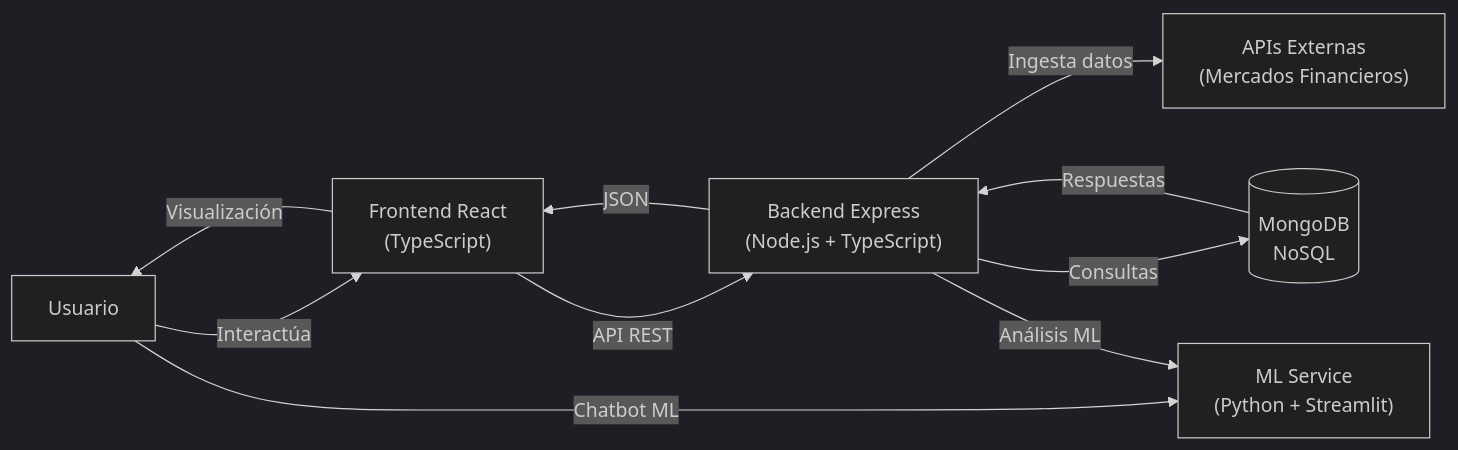
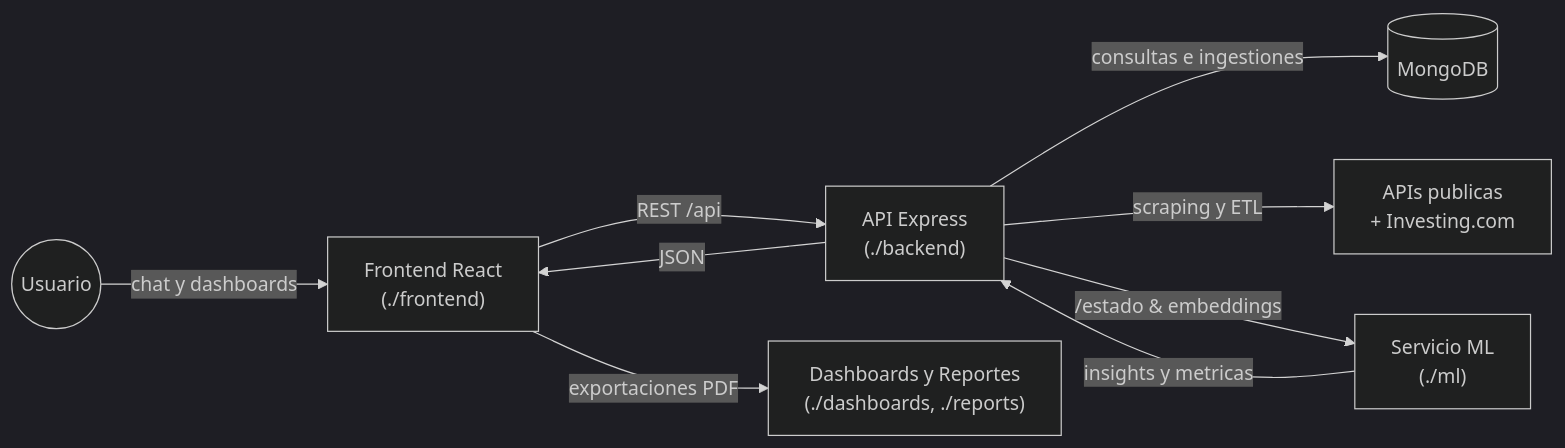
One commit to LisanRios/TP-final-base-de-datos changed the first of 2 diagrams in README.md. Above: the diagram before and after it, drawn with Mermaid (dark theme). The commit also changed other lines of this file, not shown here.

````diff
--- a/README.md
+++ b/README.md
@@ -253,19 +52,19 @@
 ```mermaid
 flowchart LR
-    Usuario[Usuario]
-    Frontend["Frontend React<br/>(TypeScript)"]
-    Backend["Backend Express<br/>(Node.js + TypeScript)"]
-    ML["ML Service<br/>(Python + Streamlit)"]
-    BaseDatos[(MongoDB<br/>NoSQL)]
-    APIsExternas["APIs Externas<br/>(Mercados Financieros)"]
+  User((Usuario))
+  Frontend["Frontend React\n(./frontend)"]
+  Backend["API Express\n(./backend)"]
+  ML["Servicio ML\n(./ml)"]
+  Mongo[(MongoDB)]
+  Sources["APIs publicas\n+ Investing.com"]
+  Reports["Dashboards y Reportes\n(./dashboards, ./reports)"]
 
-    Usuario -->|Interactúa| Frontend
-    Usuario -->|Chatbot ML| ML
-    Frontend -->|API REST| Backend
-    Backend -->|Consultas| BaseDatos
-    Backend -->|Ingesta datos| APIsExternas
-    Backend -->|Análisis ML| ML
-    BaseDatos -->|Respuestas| Backend
-    Backend -->|JSON| Frontend
-    Frontend -->|Visualización| Usuario
+  User -->|chat y dashboards| Frontend
+  Frontend -->|REST /api| Backend
+  Backend -->|consultas e ingestiones| Mongo
+  Backend -->|scraping y ETL| Sources
+  Backend -->|/estado & embeddings| ML
+  ML -->|insights y metricas| Backend
+  Backend -->|JSON| Frontend
+  Frontend -->|exportaciones PDF| Reports
 ```
````
